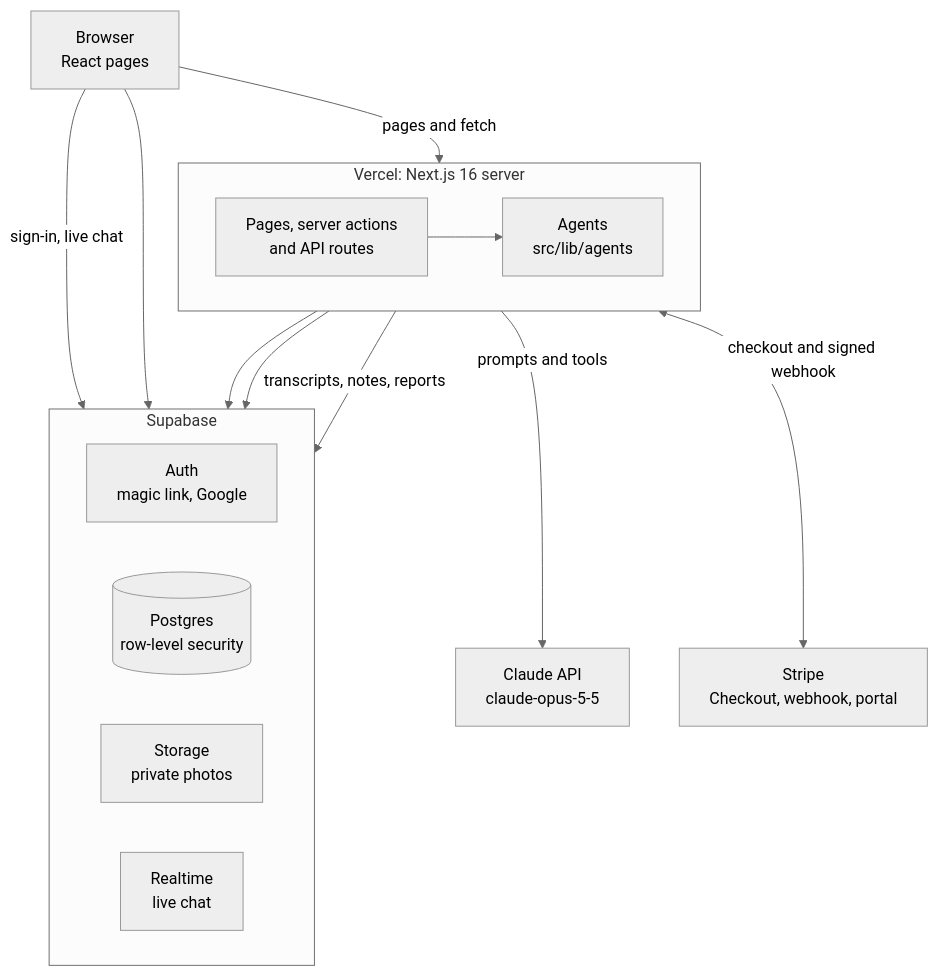
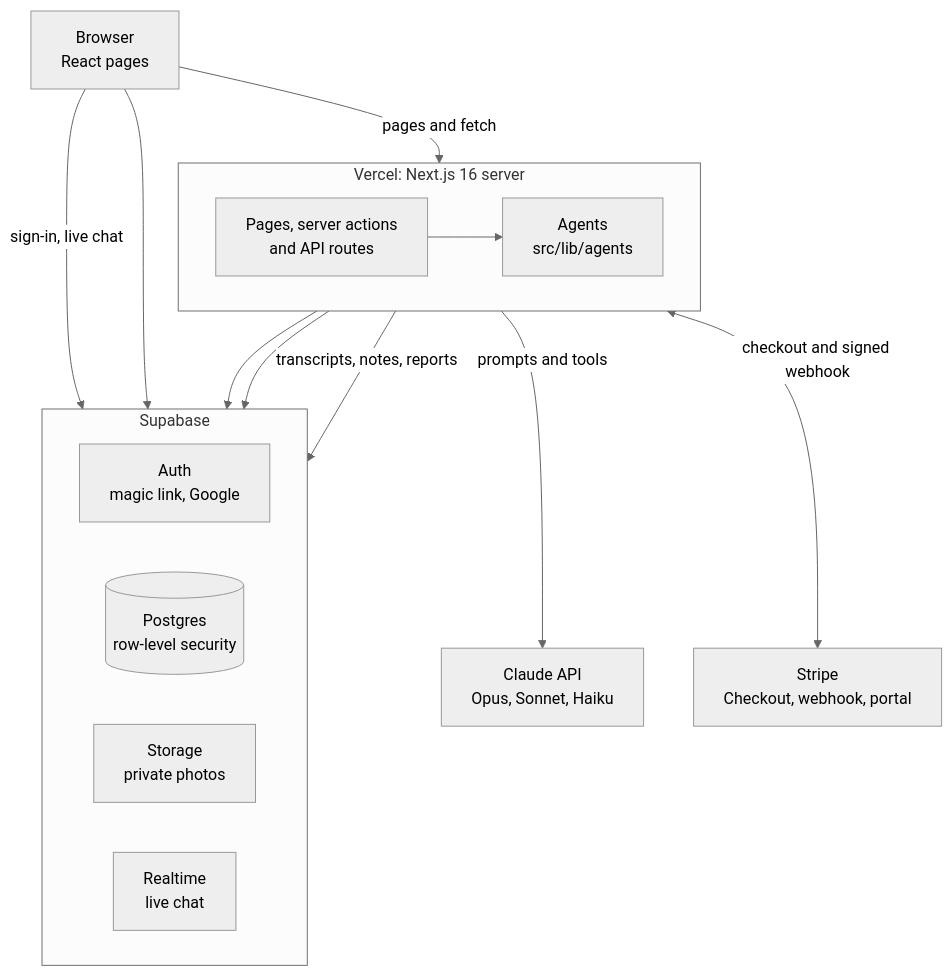
One commit to MichaelHcr/Twin_Date changed the first of 2 diagrams in README.md. Above: the diagram before and after it, drawn with Mermaid (neutral theme). The commit also changed other lines of this file and 12 other files, not shown here.

````diff
--- a/README.md
+++ b/README.md
@@ -34,29 +34,29 @@
 ```mermaid
 flowchart TB
     U["Browser<br/>React pages"]
 
     subgraph V["Vercel: Next.js 16 server"]
         direction LR
         SRV["Pages, server actions<br/>and API routes"] --> AG["Agents<br/>src/lib/agents"]
     end
 
     subgraph S["Supabase"]
         direction LR
         AUTH["Auth<br/>magic link, Google"]
         DB[("Postgres<br/>row-level security")]
         ST["Storage<br/>private photos"]
         RT["Realtime<br/>live chat"]
     end
 
-    C["Claude API<br/>claude-opus-5-5"]
+    C["Claude API<br/>Opus, Sonnet, Haiku"]
     STR["Stripe<br/>Checkout, webhook, portal"]
 
     U -- "pages and fetch" --> SRV
     U -- "sign-in, live chat" --> AUTH
     U --> RT
     SRV --> DB
     SRV --> ST
     AG -- "prompts and tools" --> C
     AG -- "transcripts, notes, reports" --> DB
     SRV <-- "checkout and signed webhook" --> STR
 ```
````
